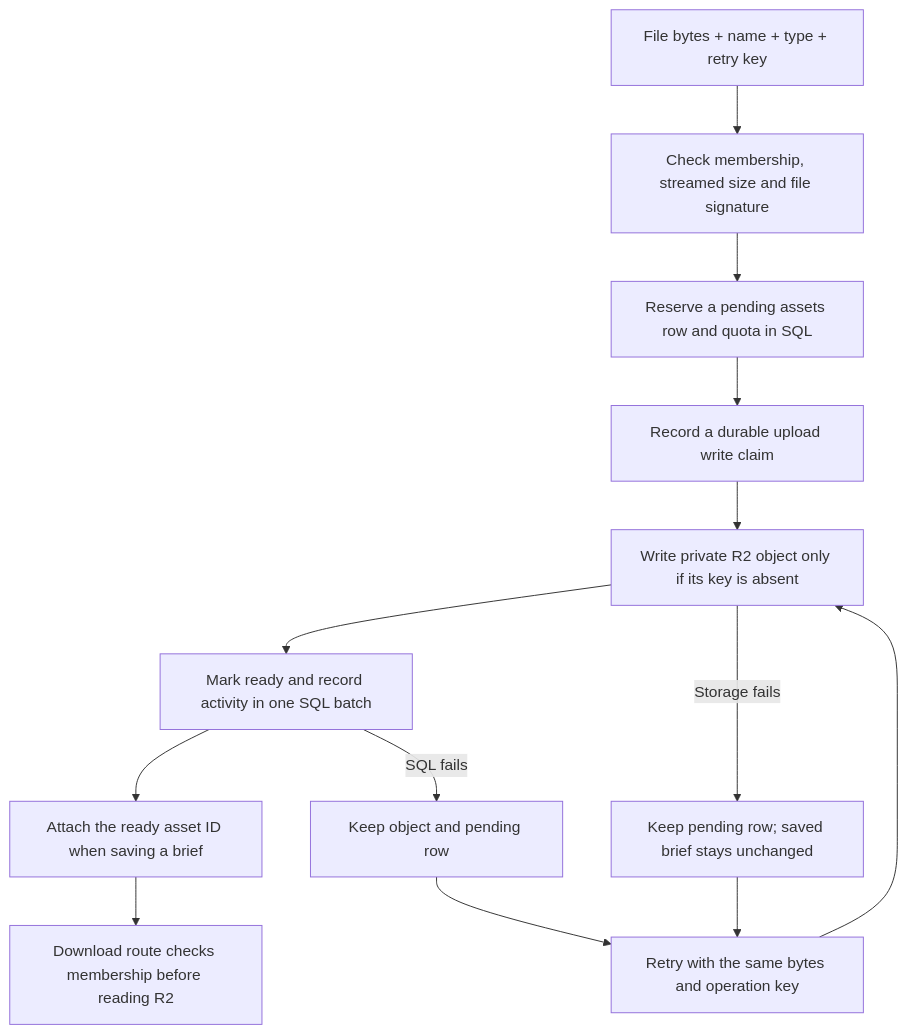
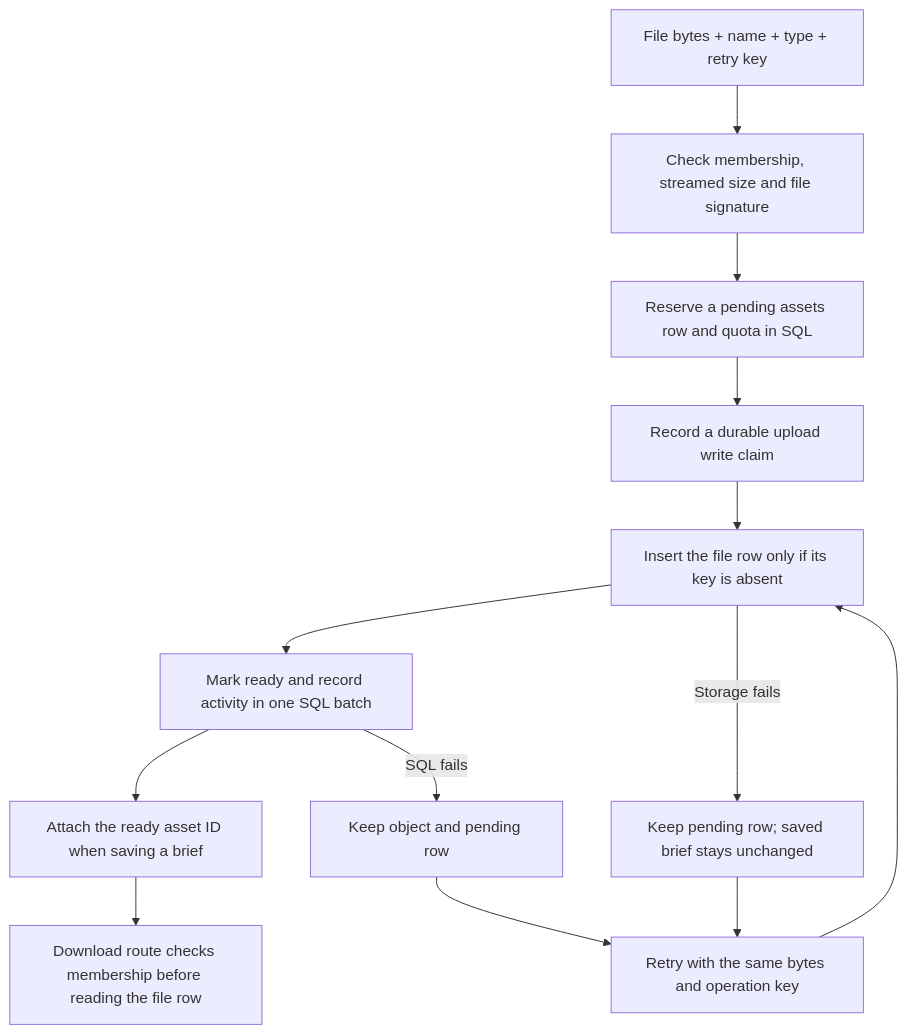
The third of 7 diagrams in docs/how-it-works.md (mosalah-77/onboarding-portal), drawn with Mermaid before and after one commit. The commit also changed other lines of this file and 7 other files, not shown here.

````diff
--- a/docs/how-it-works.md
+++ b/docs/how-it-works.md
@@ -91,15 +91,15 @@
 ```mermaid
 flowchart TD
   A[File bytes + name + type + retry key] --> B[Check membership, streamed size and file signature]
   B --> C[Reserve a pending assets row and quota in SQL]
   C --> W[Record a durable upload write claim]
-  W --> D[Write private R2 object only if its key is absent]
+  W --> D[Insert the file row only if its key is absent]
   D --> E[Mark ready and record activity in one SQL batch]
   E --> F[Attach the ready asset ID when saving a brief]
   D -->|Storage fails| G[Keep pending row; saved brief stays unchanged]
   E -->|SQL fails| H[Keep object and pending row]
   G --> I[Retry with the same bytes and operation key]
   H --> I
   I --> D
-  F --> J[Download route checks membership before reading R2]
+  F --> J[Download route checks membership before reading the file row]
 ```
````
